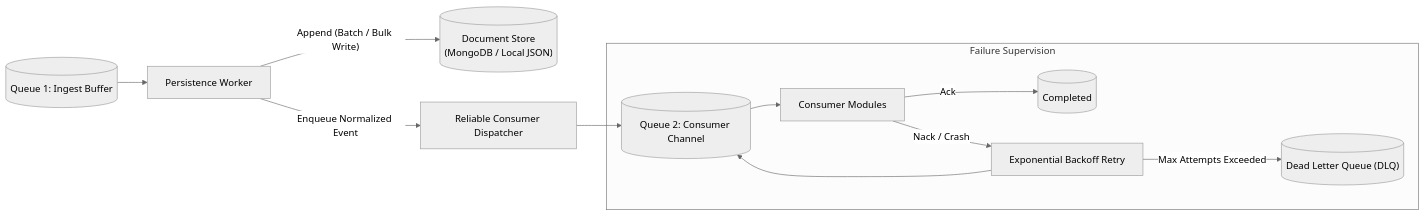
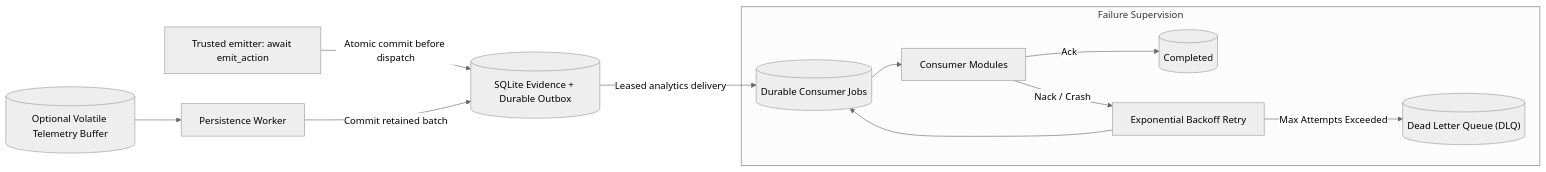
One commit to HardCounter/Hack-Yeah-2026 changed the fourth of 5 diagrams in docs/application-documentation.md. Above: the diagram before and after it, drawn with Mermaid (neutral theme). The commit also changed other lines of this file and 14 other files, not shown here.

Commit message:
fix(persistence): harden durable audit storage and consumer recovery

````diff
--- a/docs/application-documentation.md
+++ b/docs/application-documentation.md
@@ -308,15 +308,15 @@
 ```mermaid
 flowchart LR
-    Q1[("Queue 1: Ingest Buffer")] --> WORKER["Persistence Worker"]
-    WORKER -->|"Append (Batch / Bulk Write)"| MONGO[("Document Store<br/>(MongoDB / Local JSON)")]
-    WORKER -->|"Enqueue Normalized Event"| DISPATCHER["Reliable Consumer Dispatcher"]
-    DISPATCHER --> Q2[("Queue 2: Consumer Channel")]
+    INTENT["Trusted emitter: await emit_action"] -->|"Atomic commit before dispatch"| STORE[("SQLite Evidence + Durable Outbox")]
+    Q1[("Optional Volatile Telemetry Buffer")] --> WORKER["Persistence Worker"]
+    WORKER -->|"Commit retained batch"| STORE
+    STORE -->|"Leased analytics delivery"| Q2[("Durable Consumer Jobs")]
     
     subgraph RETRY_MANAGEMENT["Failure Supervision"]
         Q2 --> CONSUMERS["Consumer Modules"]
         CONSUMERS -- "Ack" --> DONE[("Completed")]
         CONSUMERS -- "Nack / Crash" --> RETRY_LOGIC["Exponential Backoff Retry"]
         RETRY_LOGIC --> Q2
         RETRY_LOGIC -- "Max Attempts Exceeded" --> DLQ[("Dead Letter Queue (DLQ)")]
     end
 ```
````
